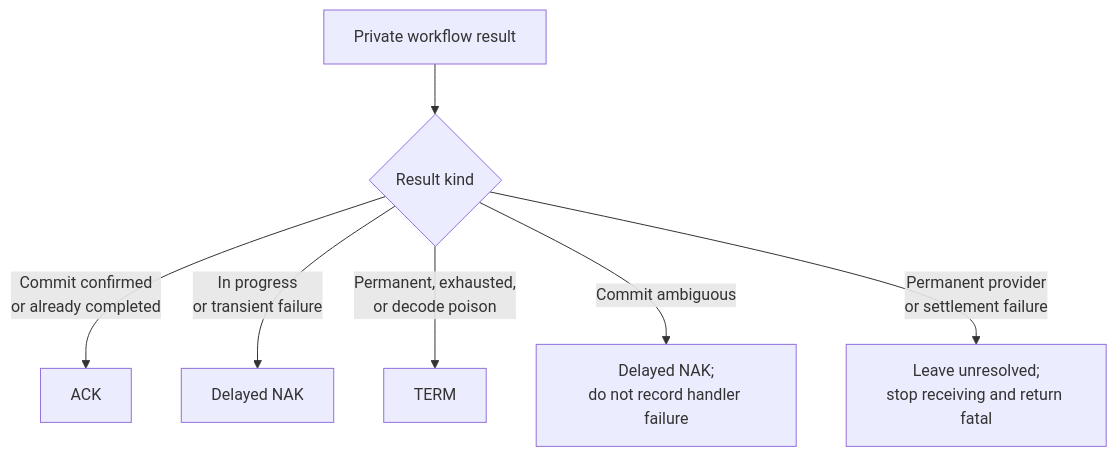
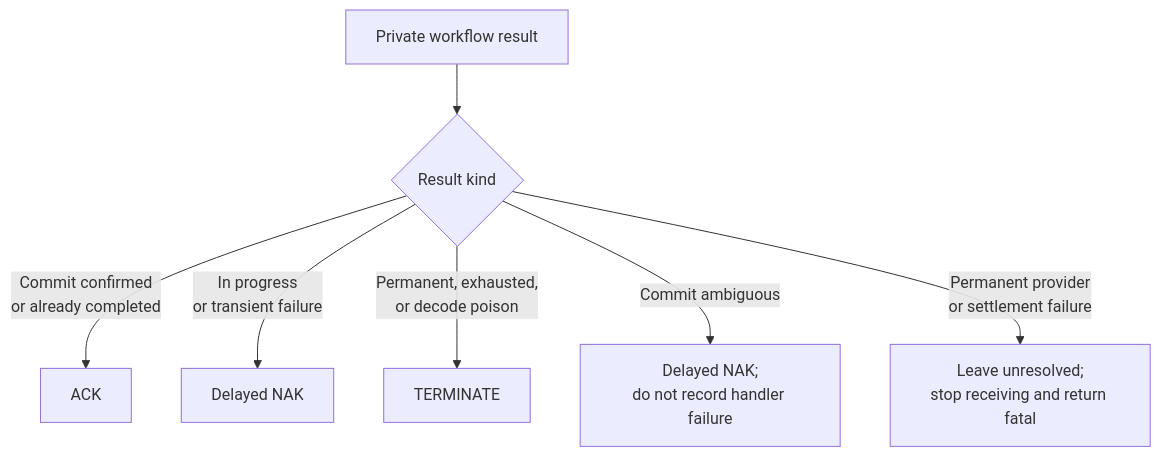
One commit to sisaio/sisa-messaging-rs changed diagram 11 of 13 in docs/runtime-flows.md. Above: the diagram before and after it, drawn with Mermaid. The commit also changed other lines of this file and 7 other files, not shown here.

````diff
--- a/docs/runtime-flows.md
+++ b/docs/runtime-flows.md
@@ -349,9 +349,9 @@
 ```mermaid
 flowchart TD
     Result[Private workflow result] --> Kind{Result kind}
     Kind -- Commit confirmed<br/>or already completed --> Ack[ACK]
     Kind -- In progress<br/>or transient failure --> Nak[Delayed NAK]
-    Kind -- Permanent, exhausted,<br/>or decode poison --> Term[TERM]
+    Kind -- Permanent, exhausted,<br/>or decode poison --> Terminate[TERMINATE]
     Kind -- Commit ambiguous --> Ambiguous[Delayed NAK;<br/>do not record handler failure]
     Kind -- Permanent provider<br/>or settlement failure --> Fatal[Leave unresolved;<br/>stop receiving and return fatal]
 ```
````
